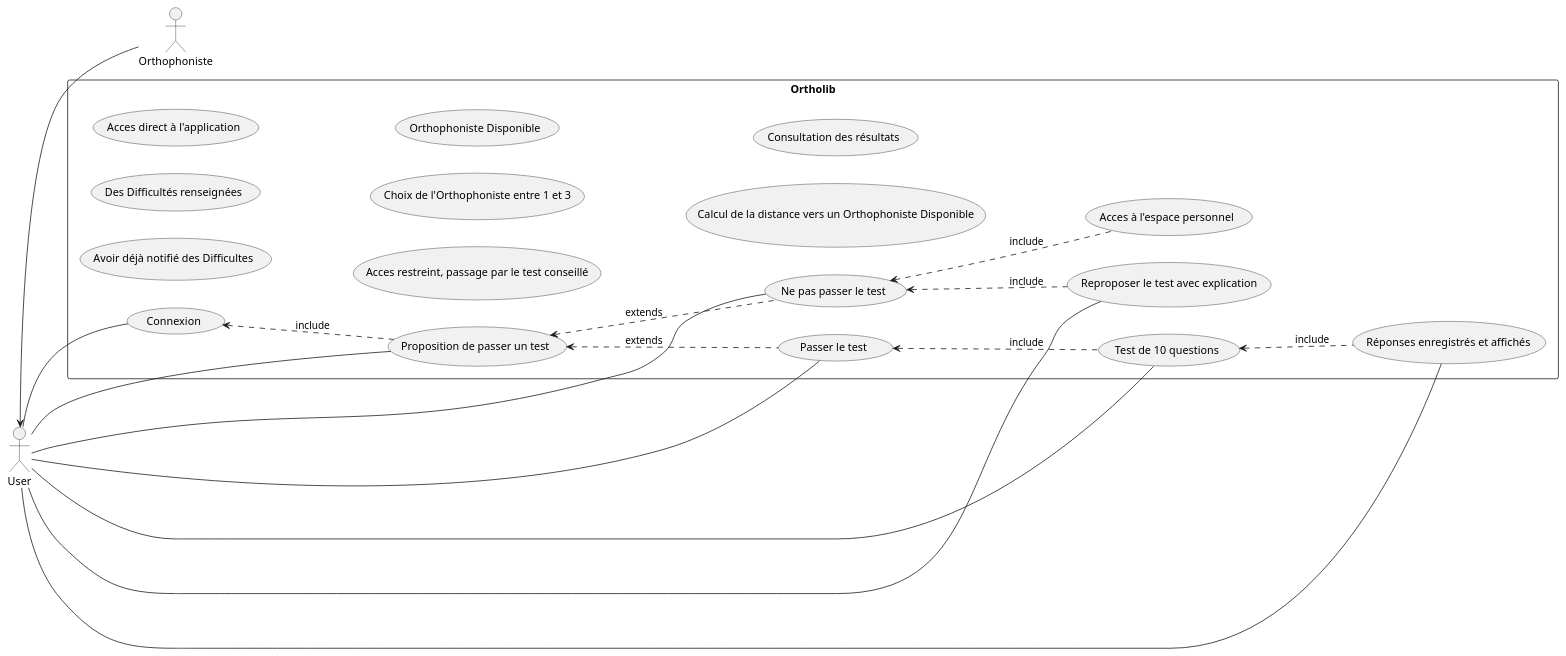
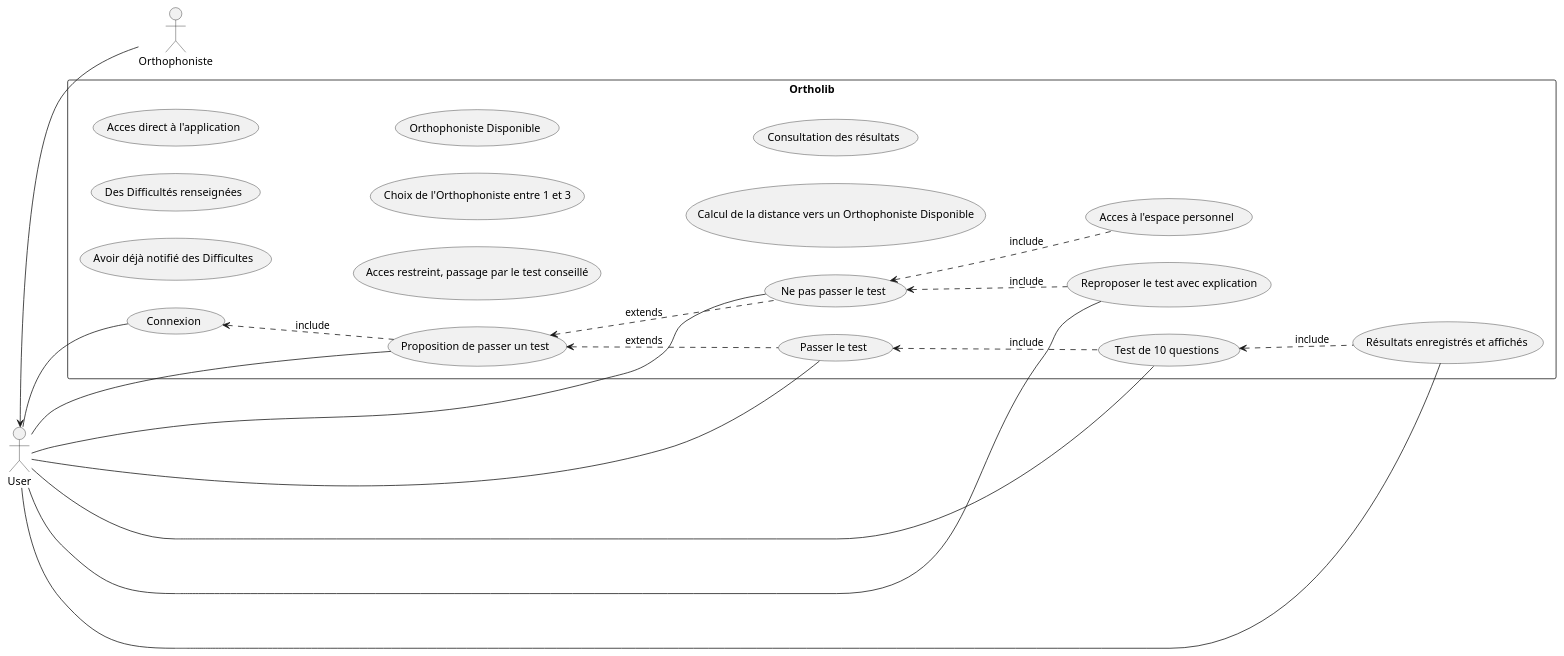
The diagram in analyse/UML/Fonctionnel/utilisateur.wsd (elamranibilel/Ortholib), drawn with PlantUML before and after one commit. The commit also changed 2 other files, not shown here.

```diff
--- a/analyse/UML/Fonctionnel/utilisateur.wsd
+++ b/analyse/UML/Fonctionnel/utilisateur.wsd
@@ -1,49 +1,49 @@
 @startuml Application_User
 
 left to right direction
 
 actor User 
 actor Orthophoniste
 
 rectangle Ortholib {
     usecase (Connexion) as Connexion
     usecase (Proposition de passer un test) as PropositionTest
     usecase (Passer le test) as PasserTest
     usecase (Ne pas passer le test) as NonPasserTest
     usecase (Reproposer le test avec explication) as Reproposer
     usecase (Avoir déjà notifié des Difficultes )
     usecase (Test de 10 questions) as TestQuestions
-    usecase (Réponses enregistrés et affichés) as Reponses 
+    usecase (Résultats enregistrés et affichés) as Reponses 
     usecase (Des Difficultés renseignées) as Difficultes
     usecase (Acces direct à l'application) as AccesDirect
     usecase (Acces restreint, passage par le test conseillé) as AccesRestreint
     usecase (Choix de l'Orthophoniste entre 1 et 3) as ChoixOrthophoniste
     usecase (Orthophoniste Disponible) as DispoOthophoniste
     usecase (Acces à l'espace personnel) as EspacePersonnel
     usecase (Calcul de la distance vers un Orthophoniste Disponible) as DistanceOrthophoniste
     usecase (Consultation des résultats) as ConsultationResultats
 }
 
 /' ACTOR -- ACTOR '/
 User <-- Orthophoniste
 
 /' ACTOR -- USECASE '/
 User -- Connexion
 User -- PropositionTest
 User -- PasserTest
 User -- NonPasserTest
 User -- Reproposer
 User -- TestQuestions
 User -- Reponses
 
 /' USECASE -- USECASE '/ 
 Connexion <.. PropositionTest : include
 PropositionTest <.. PasserTest : extends
 PropositionTest <.. NonPasserTest : extends
 NonPasserTest <.. Reproposer : include
 NonPasserTest <.. EspacePersonnel : include
 PasserTest <.. TestQuestions : include
 TestQuestions <.. Reponses : include
 
 
 @enduml
```
